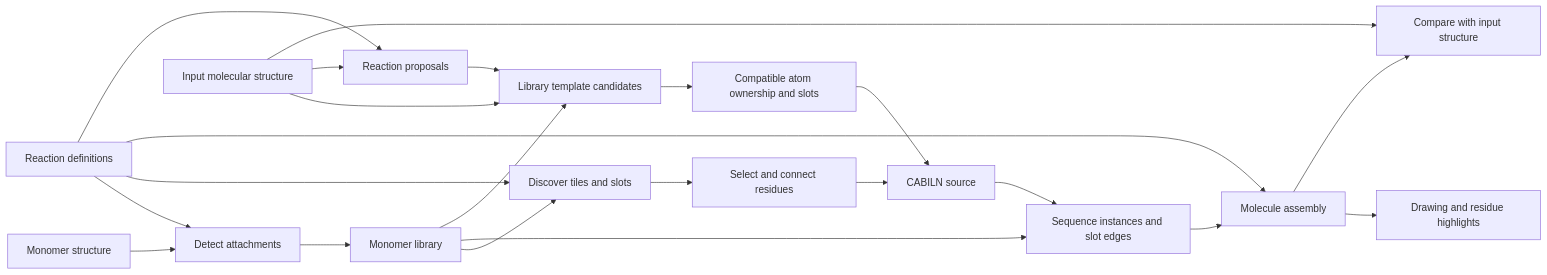
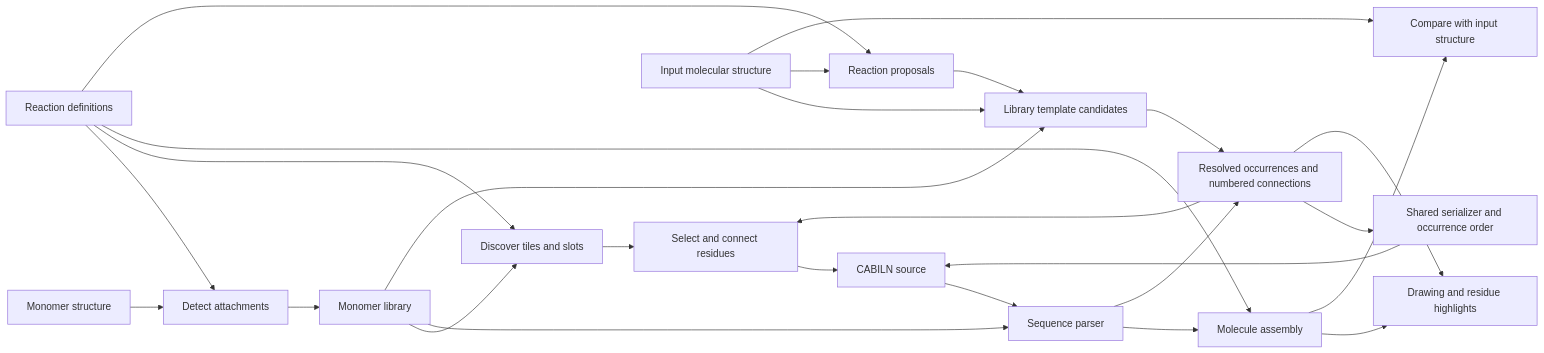
The diagram in docs/architecture.md (anagnorisis2peripeteia/cabiln), drawn with Mermaid before and after one commit. The commit also changed other lines of this file and 35 other files, not shown here.

````diff
--- a/docs/architecture.md
+++ b/docs/architecture.md
@@ -6,24 +6,28 @@
 ```mermaid
 flowchart LR
   S[Monomer structure] --> A[Detect attachments]
   A --> L[Monomer library]
   L --> T[Discover tiles and slots]
   T --> E[Select and connect residues]
   E --> N[CABILN source]
-  N --> Q[Sequence instances and slot edges]
+  N --> Q[Sequence parser]
   L --> Q
   Q --> M[Molecule assembly]
+  Q --> P[Resolved occurrences and numbered connections]
+  P --> E
+  P --> S2[Shared serializer and occurrence order]
+  S2 --> N
   R[Reaction definitions] --> A
   R --> T
   R --> M
   M --> D[Drawing and residue highlights]
   I[Input molecular structure] --> C[Library template candidates]
   L --> C
   R --> V[Reaction proposals]
   I --> V
   V --> C
-  C --> P[Compatible atom ownership and slots]
-  P --> N
+  C --> P
+  P --> D
   M --> F[Compare with input structure]
   I --> F
 ```
````
